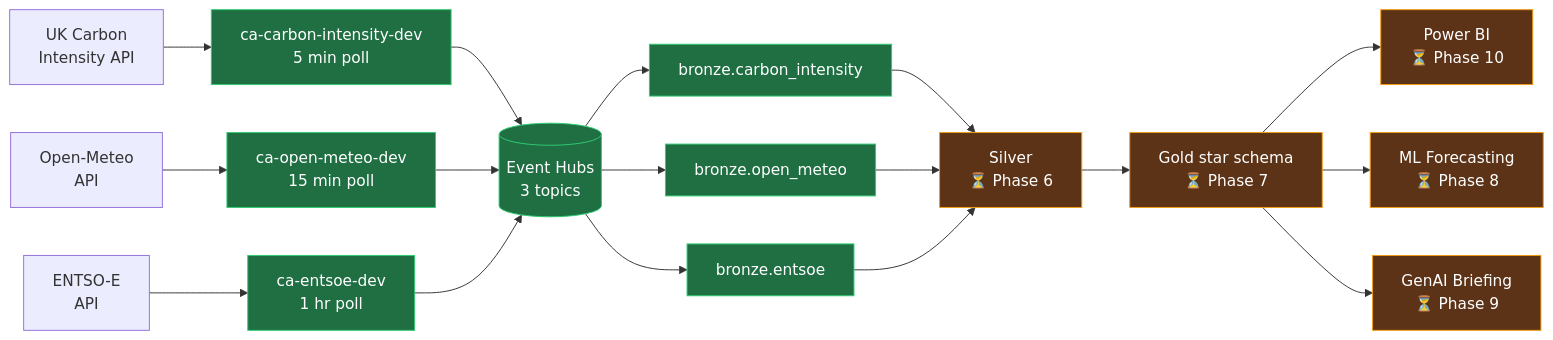
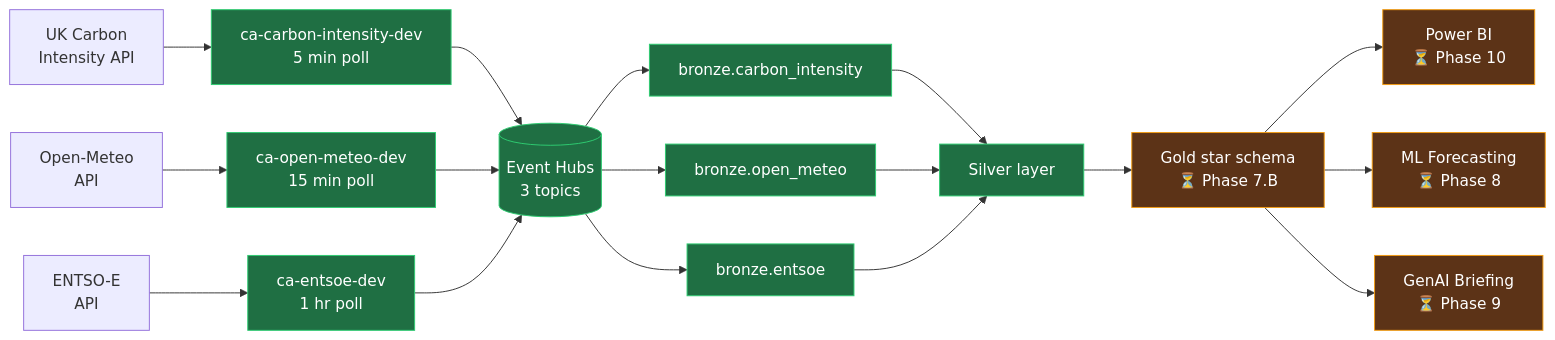
The diagram in README.md (demonjd2026-afk/gridsense), drawn with Mermaid before and after one commit. The commit also changed other lines of this file, not shown here.

First line of the commit message:
docs(readme): reflect Phase 6 + 7.A completion

````diff
--- a/README.md
+++ b/README.md
@@ -48,24 +48,24 @@
 ```mermaid
 flowchart LR
     A1[UK Carbon<br/>Intensity API] --> P1[ca-carbon-intensity-dev<br/>5 min poll]
     A2[Open-Meteo<br/>API] --> P2[ca-open-meteo-dev<br/>15 min poll]
     A3[ENTSO-E<br/>API] --> P3[ca-entsoe-dev<br/>1 hr poll]
     P1 --> EH[(Event Hubs<br/>3 topics)]
     P2 --> EH
     P3 --> EH
     EH --> B1[bronze.carbon_intensity]
     EH --> B2[bronze.open_meteo]
     EH --> B3[bronze.entsoe]
-    B1 --> S[Silver<br/>⏳ Phase 6]
+    B1 --> S[Silver layer]
     B2 --> S
     B3 --> S
-    S --> G[Gold star schema<br/>⏳ Phase 7]
+    S --> G[Gold star schema<br/>⏳ Phase 7.B]
     G --> PBI[Power BI<br/>⏳ Phase 10]
     G --> ML[ML Forecasting<br/>⏳ Phase 8]
     G --> AI[GenAI Briefing<br/>⏳ Phase 9]
 
     classDef done fill:#1f6f43,stroke:#2ecc71,color:#fff
     classDef wip fill:#5c3317,stroke:#f39c12,color:#fff
-    class P1,P2,P3,EH,B1,B2,B3 done
-    class S,G,PBI,ML,AI wip
+    class P1,P2,P3,EH,B1,B2,B3,S done
+    class G,PBI,ML,AI wip
 ```
````
